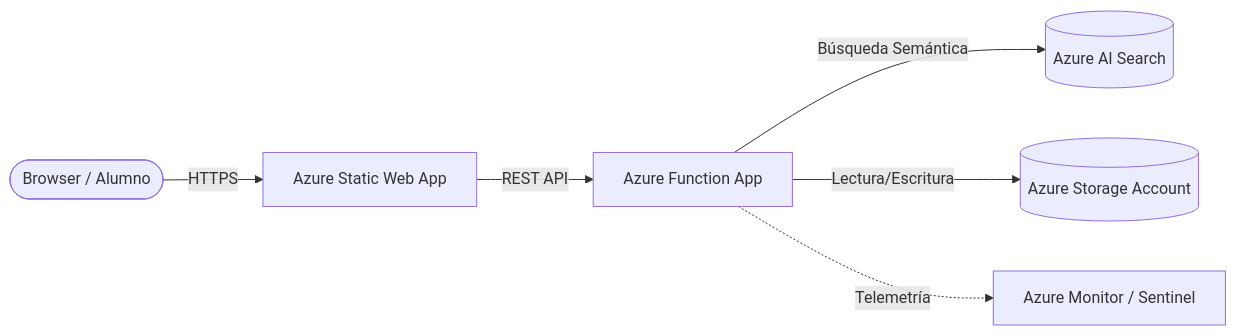
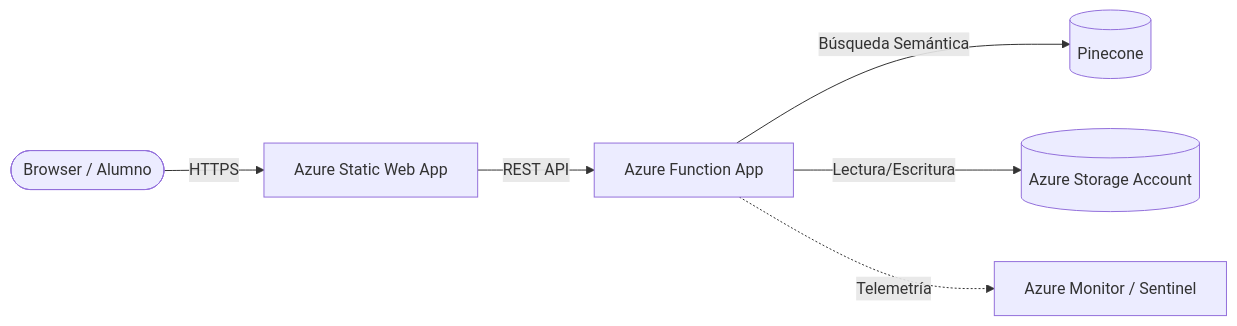
The diagram in README.md (lucas-vidmar/uade-innova), drawn with Mermaid before and after one commit. The commit also changed other lines of this file and 22 other files, not shown here.

First line of the commit message:
refactor: migrate from Azure AI Search to Pinecone vector store

````diff
--- a/README.md
+++ b/README.md
@@ -34,8 +34,8 @@
 ```mermaid
 graph LR
     User([Browser / Alumno]) -- HTTPS --> SWA[Azure Static Web App]
     SWA -- REST API --> Func[Azure Function App]
-    Func -- Búsqueda Semántica --> Search[(Azure AI Search)]
+    Func -- Búsqueda Semántica --> Pinecone[(Pinecone)]
     Func -- Lectura/Escritura --> Storage[(Azure Storage Account)]
     Func -. Telemetría .-> Monitor[Azure Monitor / Sentinel]
 ```
````
